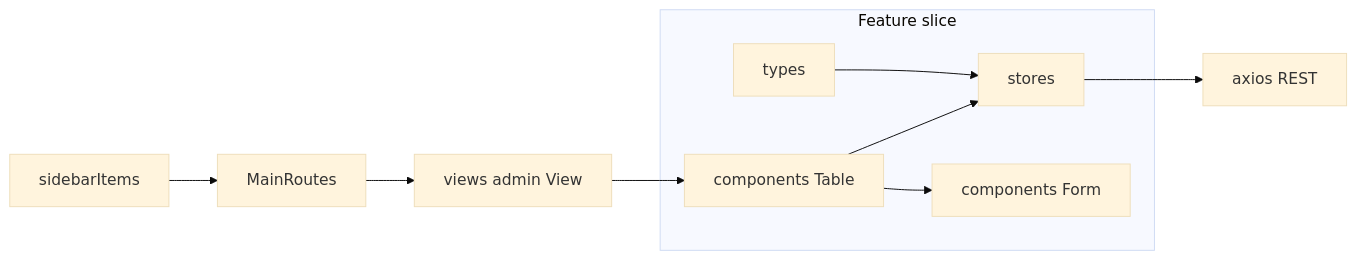
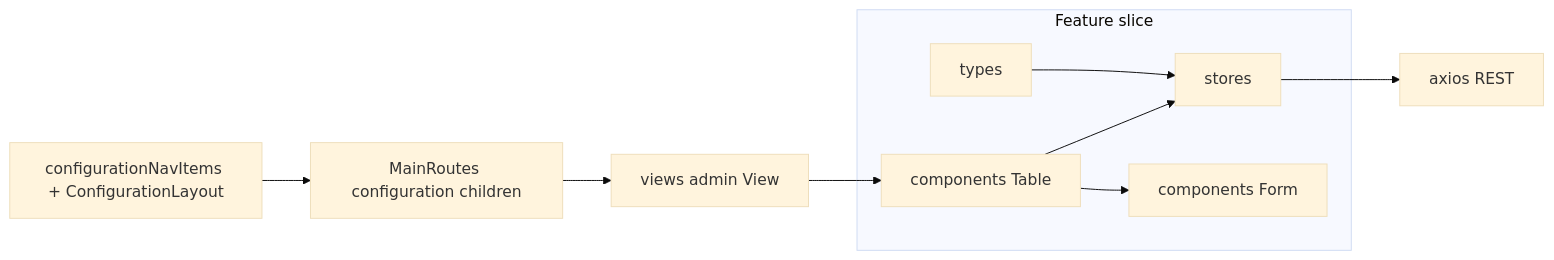
Before and after one commit to danarmstrong/farnsworth-ui: the diagram in documents/vertical-feature-slice.md, drawn with Mermaid (base theme). The commit also changed other lines of this file and 19 other files, not shown here.

````diff
--- a/documents/vertical-feature-slice.md
+++ b/documents/vertical-feature-slice.md
@@ -27,20 +28,20 @@
 ```mermaid
 flowchart LR
     subgraph slice [Feature slice]
         types[types]
         store[stores]
         form[components Form]
         table[components Table]
     end
     view[views admin View]
-    routes[MainRoutes]
-    sidebar[sidebarItems]
+    routes[MainRoutes configuration children]
+    configNav[configurationNavItems + ConfigurationLayout]
     api[axios REST]
     types --> store
     store --> api
     table --> store
     table --> form
     view --> table
     routes --> view
-    sidebar --> routes
+    configNav --> routes
 ```
````
